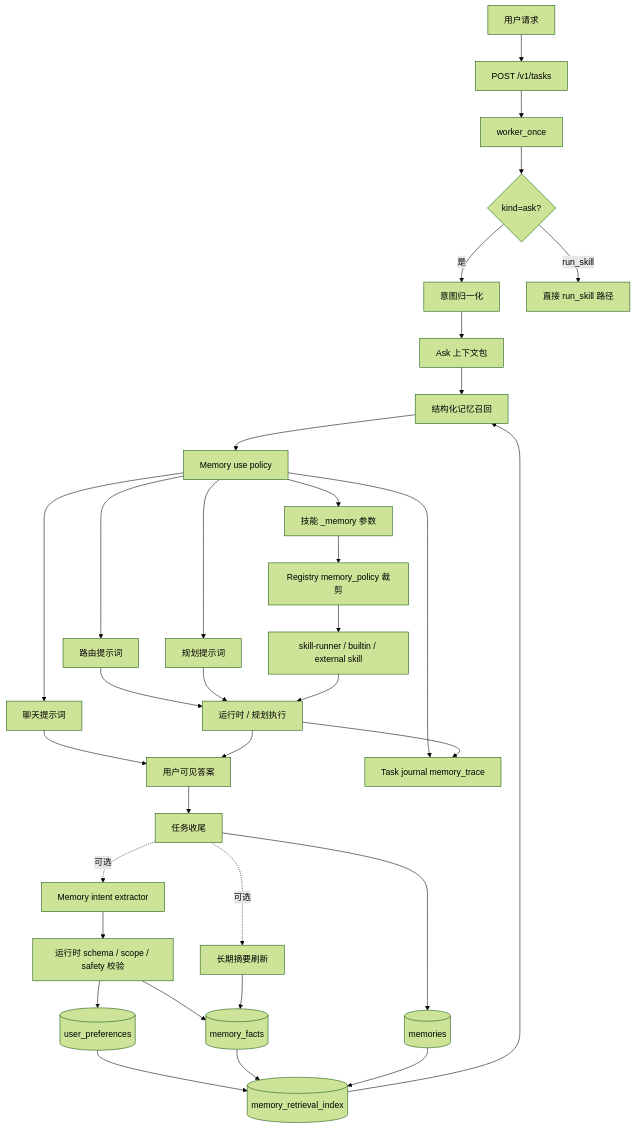
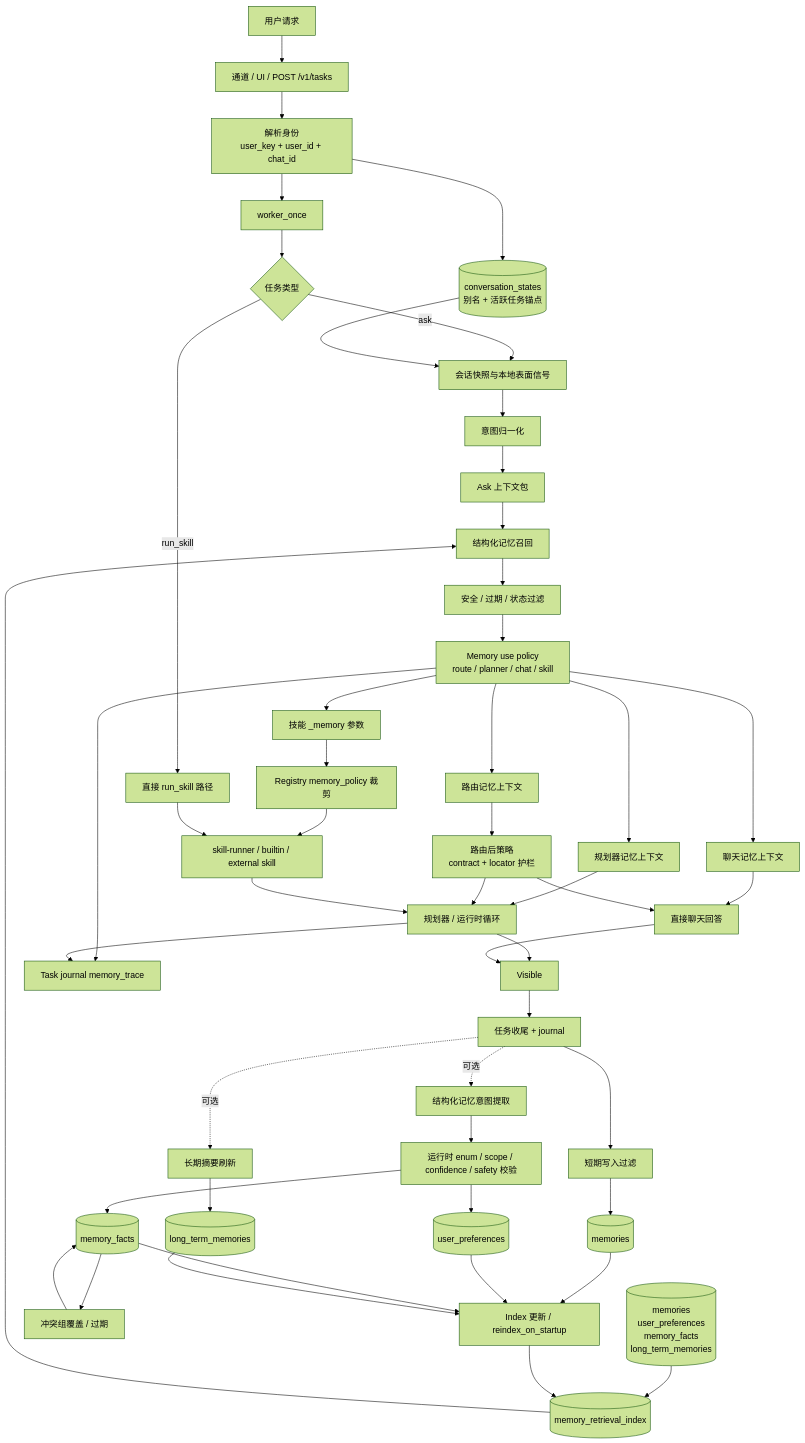
One commit to MatrixCoreX/RustClaw changed the third of 3 diagrams in README.zh-CN.md. Above: the diagram before and after it, drawn with Mermaid (forest theme). The commit also changed other lines of this file and 19 other files, not shown here.

Commit message:
Strengthen contract matrix agent flow

````diff
--- a/README.zh-CN.md
+++ b/README.zh-CN.md
@@ -293,36 +307,51 @@
 ```mermaid
 flowchart TD
-    User[用户请求] --> Task[POST /v1/tasks]
-    Task --> Worker[worker_once]
-    Worker --> Ask{kind=ask?}
-    Ask -->|是| Normalizer[意图归一化]
-    Ask -->|run_skill| DirectSkill[直接 run_skill 路径]
+    User[用户请求] --> Ingress[通道 / UI / POST /v1/tasks]
+    Ingress --> Identity[解析身份<br/>user_key + user_id + chat_id]
+    Identity --> Session[(conversation_states<br/>别名 + 活跃任务锚点)]
+    Identity --> Worker[worker_once]
+    Worker --> Kind{任务类型}
+    Kind -->|run_skill| DirectSkill[直接 run_skill 路径]
+    Kind -->|ask| Snapshot[会话快照与本地表面信号]
+    Session --> Snapshot
+    Snapshot --> Normalizer[意图归一化]
     Normalizer --> Bundle[Ask 上下文包]
     Bundle --> Recall[结构化记忆召回]
-    Recall --> Policy[Memory use policy]
-    Policy --> Route[路由提示词]
-    Policy --> Planner[规划提示词]
-    Policy --> Chat[聊天提示词]
+    Index[(memory_retrieval_index)] --> Recall
+    Stores[(memories<br/>user_preferences<br/>memory_facts<br/>long_term_memories)] --> Index
+    Recall --> Safety[安全 / 过期 / 状态过滤]
+    Safety --> Policy[Memory use policy<br/>route / planner / chat / skill]
+    Policy --> RouteCtx[路由记忆上下文]
+    Policy --> PlannerCtx[规划器记忆上下文]
+    Policy --> ChatCtx[聊天记忆上下文]
     Policy --> SkillArgs[技能 _memory 参数]
     SkillArgs --> SkillPolicy[Registry memory_policy 裁剪]
-    SkillPolicy --> Runner[skill-runner / builtin / external skill]
-    Route --> Runtime[运行时 / 规划执行]
-    Planner --> Runtime
-    Chat --> Visible[用户可见答案]
+    RouteCtx --> PostRoute[路由后策略<br/>contract + locator 护栏]
+    PlannerCtx --> Runtime[规划器 / 运行时循环]
+    ChatCtx --> Chat[直接聊天回答]
+    SkillPolicy --> SkillRuntime[skill-runner / builtin / external skill]
+    PostRoute --> Runtime
+    PostRoute --> Chat
+    DirectSkill --> SkillRuntime
+    SkillRuntime --> Runtime
     Runtime --> Visible
-    Runner --> Runtime
-    Visible --> Finalize[任务收尾]
-    Finalize --> ShortTerm[(memories)]
-    Finalize -. 可选 .-> Intent[Memory intent extractor]
-    Intent --> Validate[运行时 schema / scope / safety 校验]
+    Chat --> Visible
+    Visible --> Finalize[任务收尾 + journal]
+    Finalize --> RecentWrite[短期写入过滤]
+    RecentWrite --> Memories[(memories)]
+    Finalize -. 可选 .-> MemIntent[结构化记忆意图提取]
+    MemIntent --> Validate[运行时 enum / scope / confidence / safety 校验]
     Validate --> Prefs[(user_preferences)]
     Validate --> Facts[(memory_facts)]
     Finalize -. 可选 .-> Summary[长期摘要刷新]
-    Summary --> Facts
-    Prefs --> Index[(memory_retrieval_index)]
-    Facts --> Index
-    ShortTerm --> Index
-    Index --> Recall
-    Policy --> Journal[Task journal memory_trace]
-    Runtime --> Journal
+    Summary --> LongTerm[(long_term_memories)]
+    Facts --> Conflict[冲突组覆盖 / 过期]
+    Conflict --> Facts
+    Memories --> Reindex[Index 更新 / reindex_on_startup]
+    Prefs --> Reindex
+    Facts --> Reindex
+    LongTerm --> Reindex
+    Reindex --> Index
+    Policy --> Trace[Task journal memory_trace]
+    Runtime --> Trace
 ```
````
